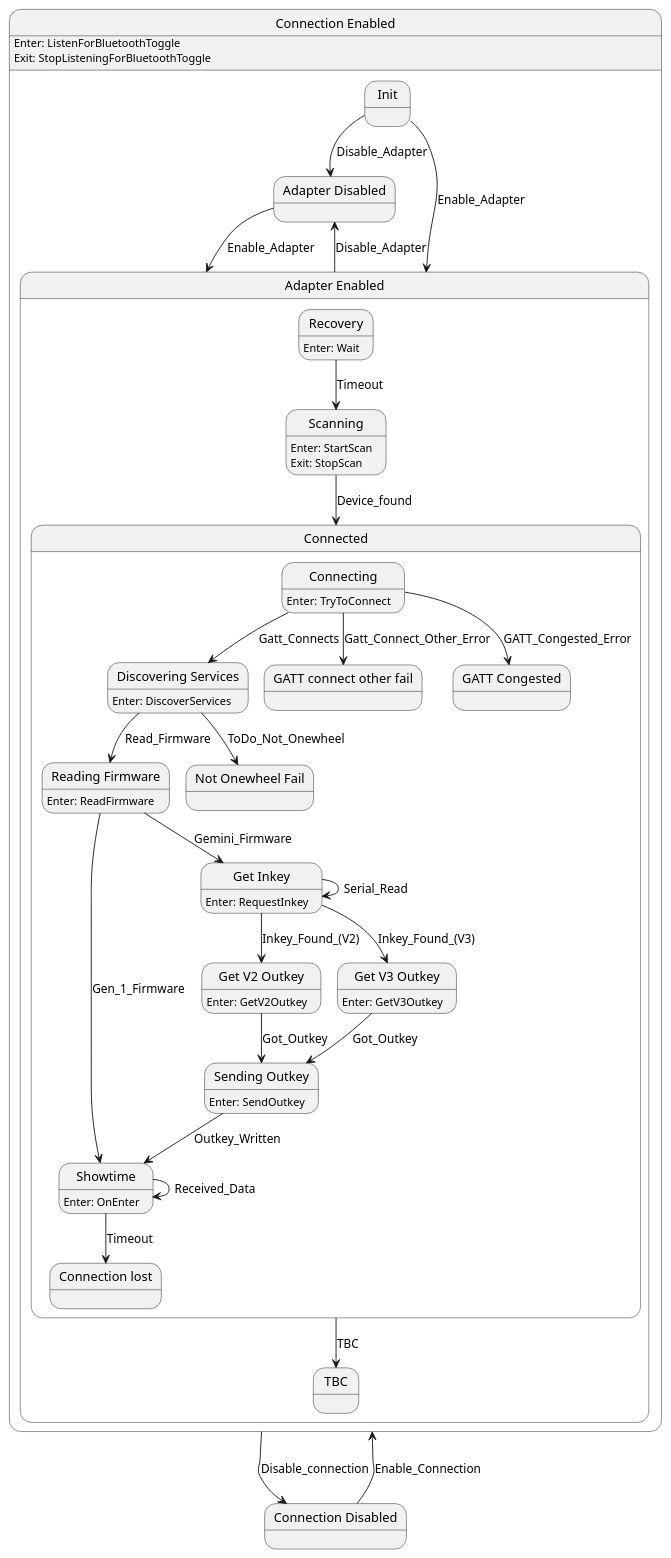
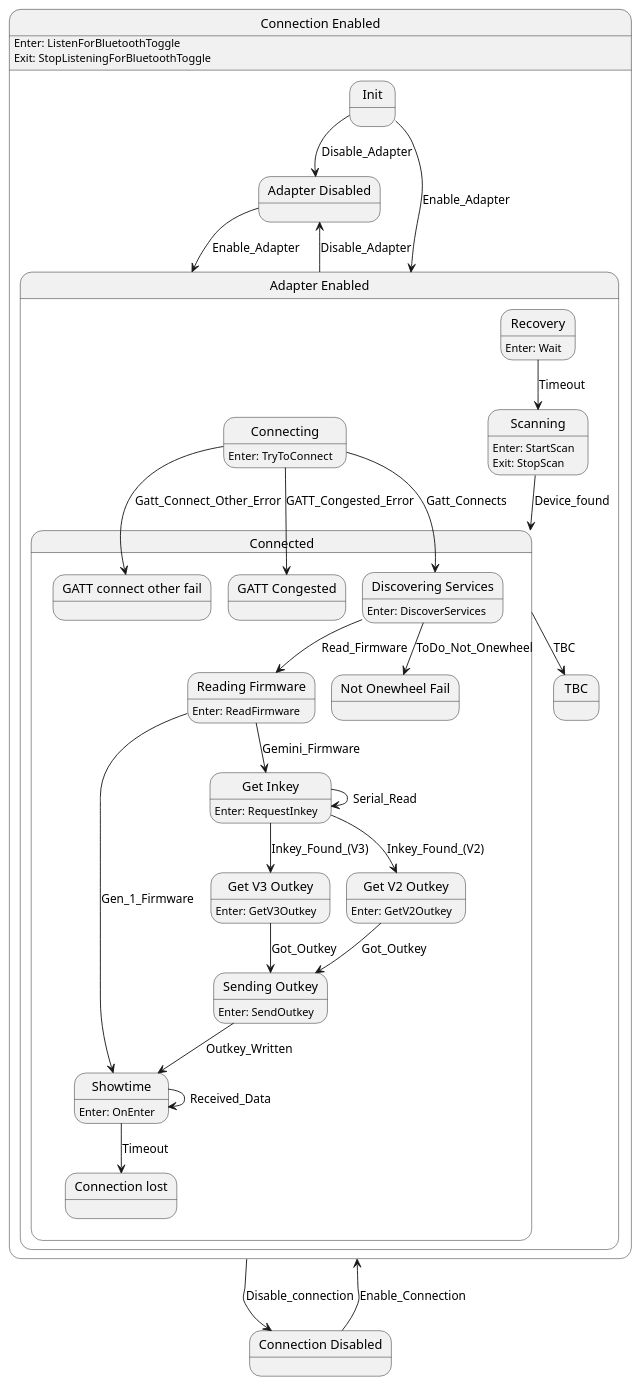
One commit to tekkies/android-ponewheel changed the diagram in doc/ponewheel-state.plantuml. Above: the diagram before and after it, drawn with PlantUML. The commit also changed 5 other files, not shown here.

```diff
--- a/doc/ponewheel-state.plantuml
+++ b/doc/ponewheel-state.plantuml
@@ -1,80 +1,80 @@
 @startuml
 state "Connection Enabled" as Connection_Enabled  {
     state "Adapter Disabled" as Adapter_Disabled  {
     }
     state "Adapter Enabled" as Adapter_Enabled  {
         state "Connected" as Connected  {
-            state "Discovering Services" as Discovering_Services  {
-Discovering_Services : Enter: DiscoverServices
-            }
             state "Reading Firmware" as Reading_Firmware  {
 Reading_Firmware : Enter: ReadFirmware
             }
             state "Showtime" as Showtime  {
 Showtime : Enter: OnEnter
             }
             state "Get Inkey" as Get_Inkey  {
 Get_Inkey : Enter: RequestInkey
             }
             state "Get V2 Outkey" as Get_V2_Outkey  {
 Get_V2_Outkey : Enter: GetV2Outkey
             }
             state "Get V3 Outkey" as Get_V3_Outkey  {
 Get_V3_Outkey : Enter: GetV3Outkey
             }
             state "Sending Outkey" as Sending_Outkey  {
 Sending_Outkey : Enter: SendOutkey
             }
             state "GATT connect other fail" as GATT_connect_other_fail  {
             }
             state "GATT Congested" as GATT_Congested  {
             }
             state "Not Onewheel Fail" as Not_Onewheel_Fail  {
             }
             state "Connection lost" as Connection_lost  {
             }
-            state "Connecting" as Connecting  {
+            state "Discovering Services" as Discovering_Services  {
+Discovering_Services : Enter: DiscoverServices
+            }
+        }
+        state "Connecting" as Connecting  {
 Connecting : Enter: TryToConnect
-            }
         }
         state "Recovery" as Recovery  {
 Recovery : Enter: Wait
         }
         state "TBC" as TBC  {
         }
         state "Scanning" as Scanning  {
 Scanning : Enter: StartScan\nExit: StopScan
         }
     }
     state "Init" as Init  {
     }
 Connection_Enabled : Enter: ListenForBluetoothToggle\nExit: StopListeningForBluetoothToggle
 }
 state "Connection Disabled" as Connection_Disabled  {
 }
 Adapter_Disabled --> Adapter_Enabled : Enable_Adapter
-Discovering_Services --> Not_Onewheel_Fail : ToDo_Not_Onewheel
-Discovering_Services --> Reading_Firmware : Read_Firmware
 Reading_Firmware --> Showtime : Gen_1_Firmware
 Reading_Firmware --> Get_Inkey : Gemini_Firmware
 Showtime --> Showtime : Received_Data
 Showtime --> Connection_lost : Timeout
 Get_Inkey --> Get_Inkey : Serial_Read
 Get_Inkey --> Get_V2_Outkey : Inkey_Found_(V2)
 Get_Inkey --> Get_V3_Outkey : Inkey_Found_(V3)
 Get_V2_Outkey --> Sending_Outkey : Got_Outkey
 Get_V3_Outkey --> Sending_Outkey : Got_Outkey
 Sending_Outkey --> Showtime : Outkey_Written
+Discovering_Services --> Not_Onewheel_Fail : ToDo_Not_Onewheel
+Discovering_Services --> Reading_Firmware : Read_Firmware
+Connected --> TBC : TBC
 Connecting --> Discovering_Services : Gatt_Connects
 Connecting --> GATT_connect_other_fail : Gatt_Connect_Other_Error
 Connecting --> GATT_Congested : GATT_Congested_Error
-Connected --> TBC : TBC
 Recovery --> Scanning : Timeout
 Scanning --> Connected : Device_found
 Adapter_Enabled --> Adapter_Disabled : Disable_Adapter
 Init --> Adapter_Enabled : Enable_Adapter
 Init --> Adapter_Disabled : Disable_Adapter
 Connection_Enabled --> Connection_Disabled : Disable_connection
 Connection_Disabled --> Connection_Enabled : Enable_Connection
  
 @enduml
```
